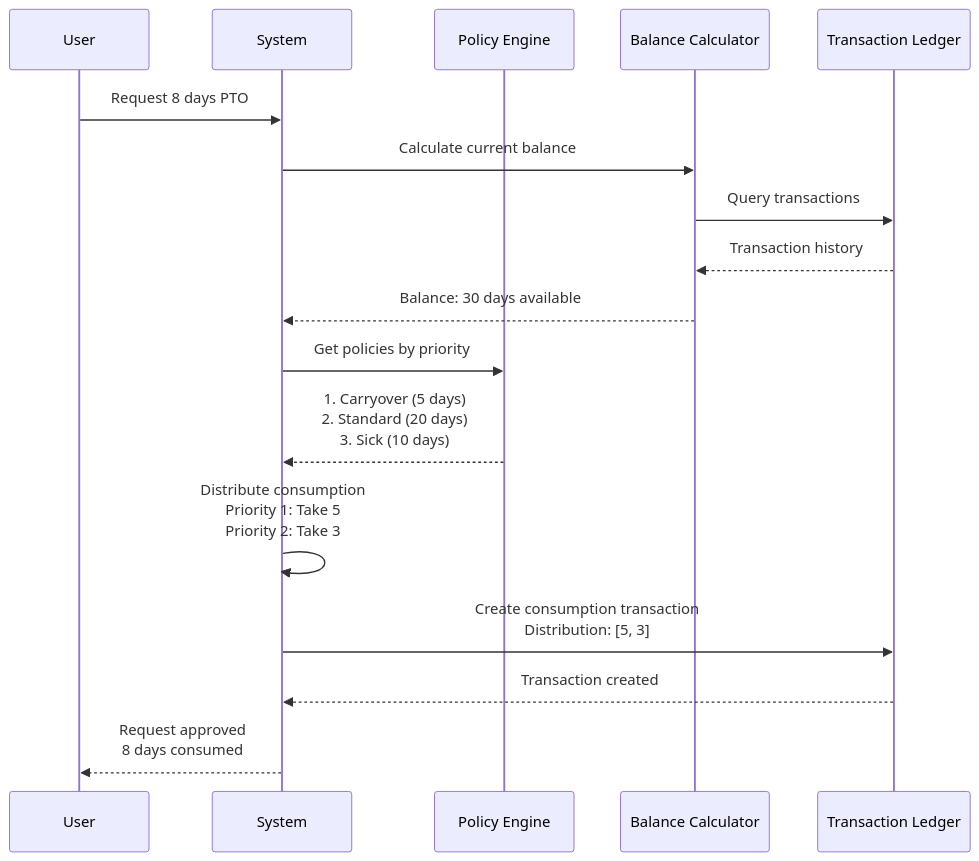
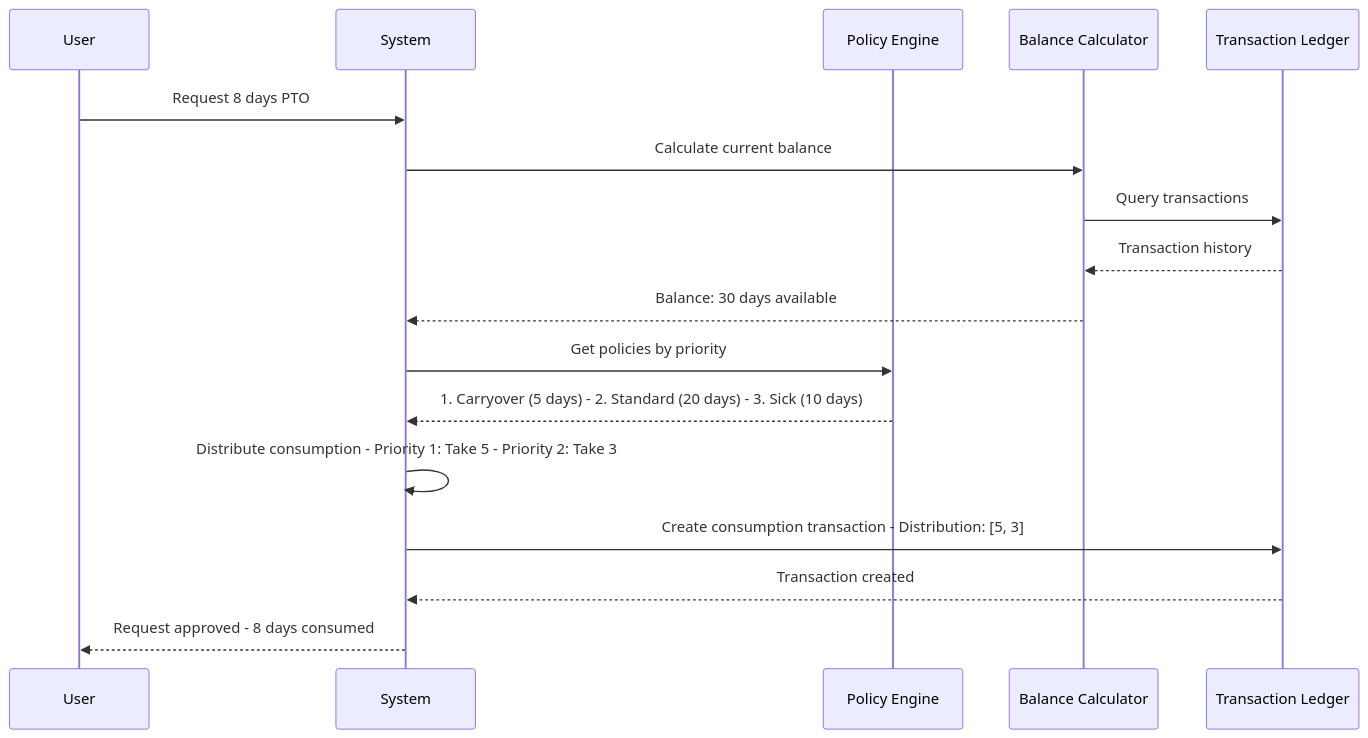
Before and after one commit to AntoineToussaint/timeoff: diagram 15 of 22 in README.md, drawn with Mermaid. The commit also changed other lines of this file, not shown here.

First line of the commit message:
Fix Mermaid diagrams for GitHub rendering

````diff
--- a/README.md
+++ b/README.md
@@ -663,25 +627,25 @@
 ```mermaid
 sequenceDiagram
     participant User
     participant System
     participant Policies as Policy Engine
     participant Balance as Balance Calculator
     participant Ledger as Transaction Ledger
     
     User->>System: Request 8 days PTO
     
     System->>Balance: Calculate current balance
     Balance->>Ledger: Query transactions
     Ledger-->>Balance: Transaction history
     Balance-->>System: Balance: 30 days available
     
     System->>Policies: Get policies by priority
-    Policies-->>System: 1. Carryover (5 days)<br/>2. Standard (20 days)<br/>3. Sick (10 days)
+    Policies-->>System: 1. Carryover (5 days) - 2. Standard (20 days) - 3. Sick (10 days)
     
-    System->>System: Distribute consumption<br/>Priority 1: Take 5<br/>Priority 2: Take 3
+    System->>System: Distribute consumption - Priority 1: Take 5 - Priority 2: Take 3
     
-    System->>Ledger: Create consumption transaction<br/>Distribution: [5, 3]
+    System->>Ledger: Create consumption transaction - Distribution: [5, 3]
     Ledger-->>System: Transaction created
     
-    System-->>User: Request approved<br/>8 days consumed
+    System-->>User: Request approved - 8 days consumed
 ```
````
